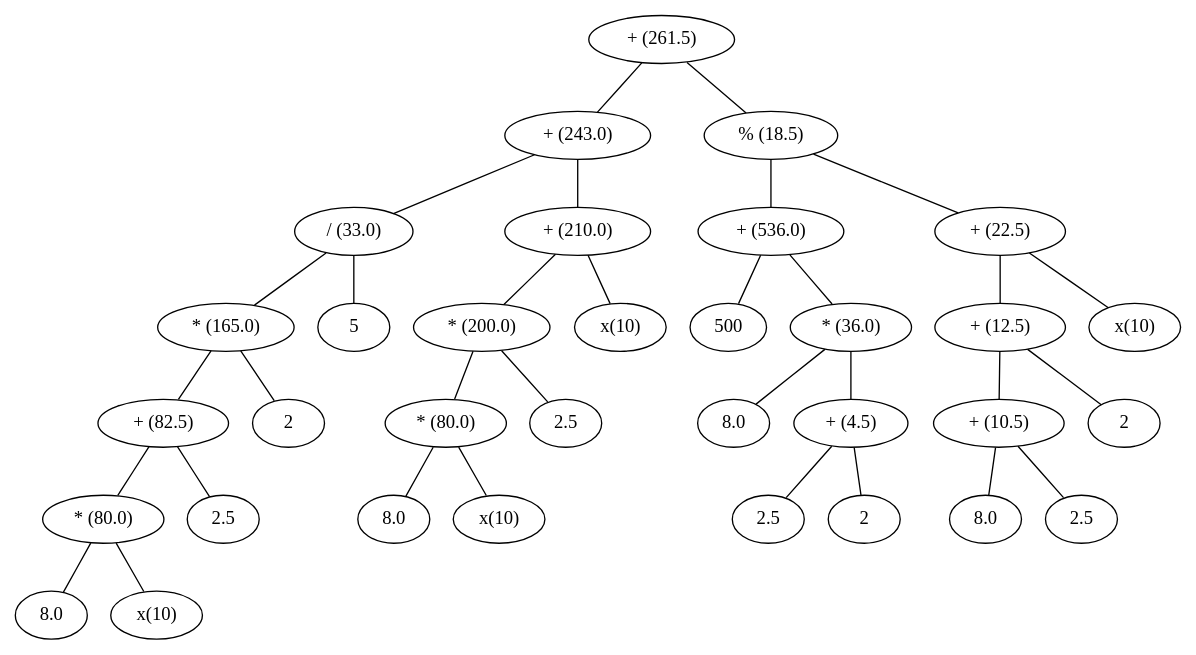
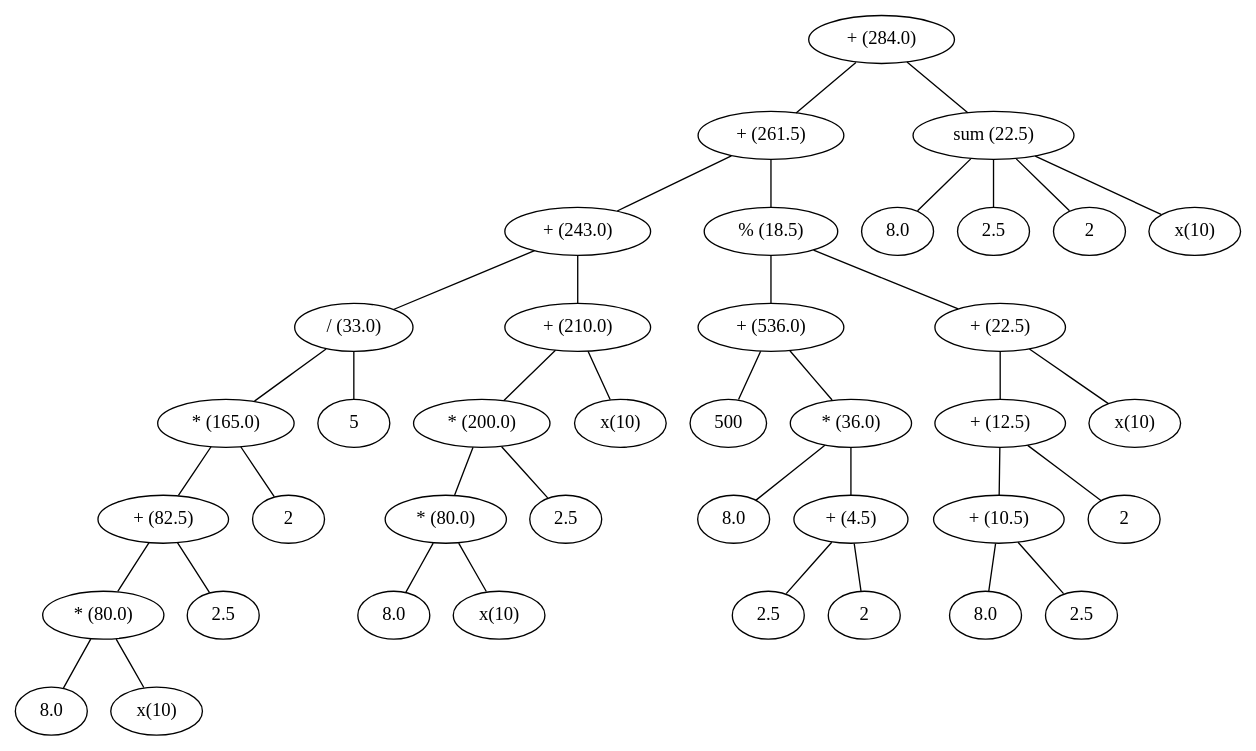
One commit to Jonathan-Rasch/tinyTensor changed the diagram in network.gv. Above: the diagram before and after it, drawn with Graphviz. The commit also changed 4 other files, not shown here.

```diff
--- a/network.gv
+++ b/network.gv
@@ -1,68 +1,80 @@
 graph "" 
 {
-n0 [label="+ (261.5)"] ;
-n1 [label="+ (243.0)"] ;
+n0 [label="+ (284.0)"] ;
+n1 [label="+ (261.5)"] ;
 n0 -- n1; 
-n2 [label="/ (33.0)"] ;
+n2 [label="+ (243.0)"] ;
 n1 -- n2; 
-n3 [label="* (165.0)"] ;
+n3 [label="/ (33.0)"] ;
 n2 -- n3; 
-n4 [label="+ (82.5)"] ;
+n4 [label="* (165.0)"] ;
 n3 -- n4; 
-n5 [label="* (80.0)"] ;
+n5 [label="+ (82.5)"] ;
 n4 -- n5; 
-n6 [label="8.0"] ;
+n6 [label="* (80.0)"] ;
 n5 -- n6; 
-n7 [label="x(10)"] ;
-n5 -- n7; 
-n8 [label="2.5"] ;
-n4 -- n8; 
-n9 [label="2"] ;
-n3 -- n9; 
-n10 [label="5"] ;
-n2 -- n10; 
-n11 [label="+ (210.0)"] ;
-n1 -- n11; 
-n12 [label="* (200.0)"] ;
-n11 -- n12; 
-n13 [label="* (80.0)"] ;
+n7 [label="8.0"] ;
+n6 -- n7; 
+n8 [label="x(10)"] ;
+n6 -- n8; 
+n9 [label="2.5"] ;
+n5 -- n9; 
+n10 [label="2"] ;
+n4 -- n10; 
+n11 [label="5"] ;
+n3 -- n11; 
+n12 [label="+ (210.0)"] ;
+n2 -- n12; 
+n13 [label="* (200.0)"] ;
 n12 -- n13; 
-n14 [label="8.0"] ;
+n14 [label="* (80.0)"] ;
 n13 -- n14; 
-n15 [label="x(10)"] ;
-n13 -- n15; 
-n16 [label="2.5"] ;
-n12 -- n16; 
-n17 [label="x(10)"] ;
-n11 -- n17; 
-n18 [label="% (18.5)"] ;
-n0 -- n18; 
-n19 [label="+ (536.0)"] ;
-n18 -- n19; 
-n20 [label="500"] ;
+n15 [label="8.0"] ;
+n14 -- n15; 
+n16 [label="x(10)"] ;
+n14 -- n16; 
+n17 [label="2.5"] ;
+n13 -- n17; 
+n18 [label="x(10)"] ;
+n12 -- n18; 
+n19 [label="% (18.5)"] ;
+n1 -- n19; 
+n20 [label="+ (536.0)"] ;
 n19 -- n20; 
-n21 [label="* (36.0)"] ;
-n19 -- n21; 
-n22 [label="8.0"] ;
-n21 -- n22; 
-n23 [label="+ (4.5)"] ;
-n21 -- n23; 
-n24 [label="2.5"] ;
-n23 -- n24; 
-n25 [label="2"] ;
-n23 -- n25; 
-n26 [label="+ (22.5)"] ;
-n18 -- n26; 
-n27 [label="+ (12.5)"] ;
-n26 -- n27; 
-n28 [label="+ (10.5)"] ;
+n21 [label="500"] ;
+n20 -- n21; 
+n22 [label="* (36.0)"] ;
+n20 -- n22; 
+n23 [label="8.0"] ;
+n22 -- n23; 
+n24 [label="+ (4.5)"] ;
+n22 -- n24; 
+n25 [label="2.5"] ;
+n24 -- n25; 
+n26 [label="2"] ;
+n24 -- n26; 
+n27 [label="+ (22.5)"] ;
+n19 -- n27; 
+n28 [label="+ (12.5)"] ;
 n27 -- n28; 
-n29 [label="8.0"] ;
+n29 [label="+ (10.5)"] ;
 n28 -- n29; 
-n30 [label="2.5"] ;
-n28 -- n30; 
-n31 [label="2"] ;
-n27 -- n31; 
-n32 [label="x(10)"] ;
-n26 -- n32; 
+n30 [label="8.0"] ;
+n29 -- n30; 
+n31 [label="2.5"] ;
+n29 -- n31; 
+n32 [label="2"] ;
+n28 -- n32; 
+n33 [label="x(10)"] ;
+n27 -- n33; 
+n34 [label="sum (22.5)"] ;
+n0 -- n34; 
+n35 [label="8.0"] ;
+n34 -- n35; 
+n36 [label="2.5"] ;
+n34 -- n36; 
+n37 [label="2"] ;
+n34 -- n37; 
+n38 [label="x(10)"] ;
+n34 -- n38; 
 }
```
